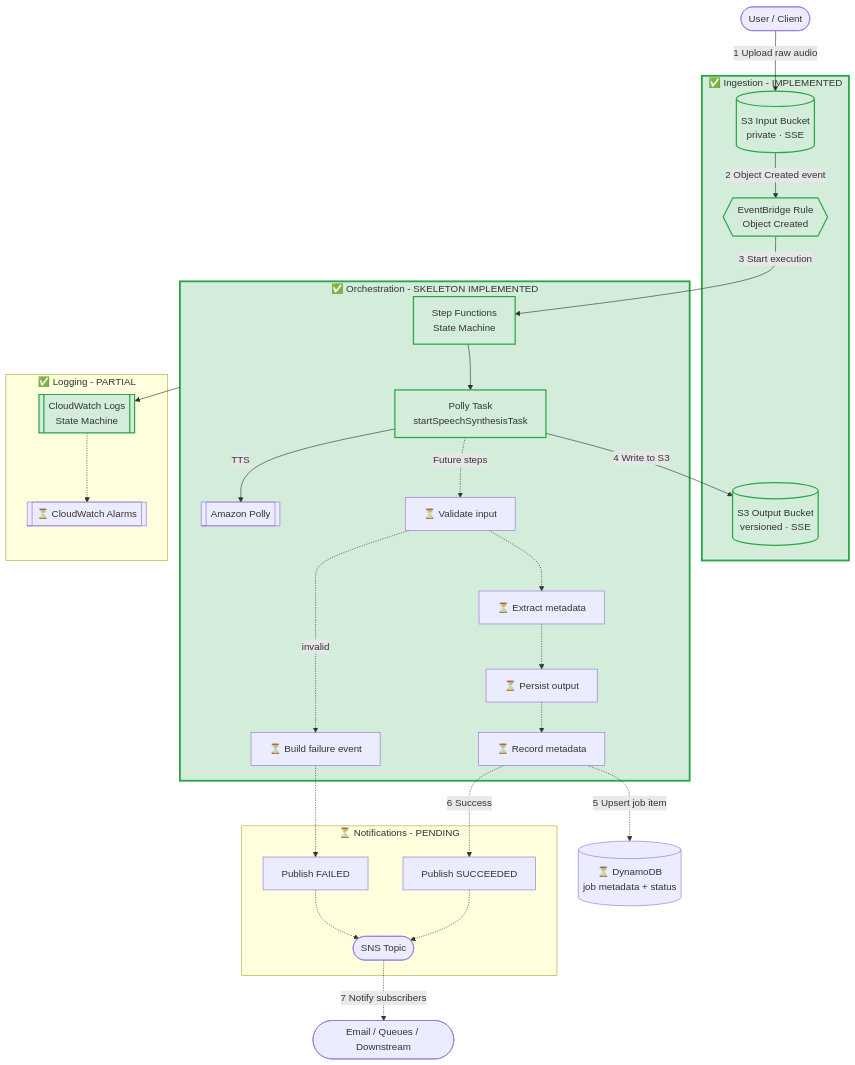
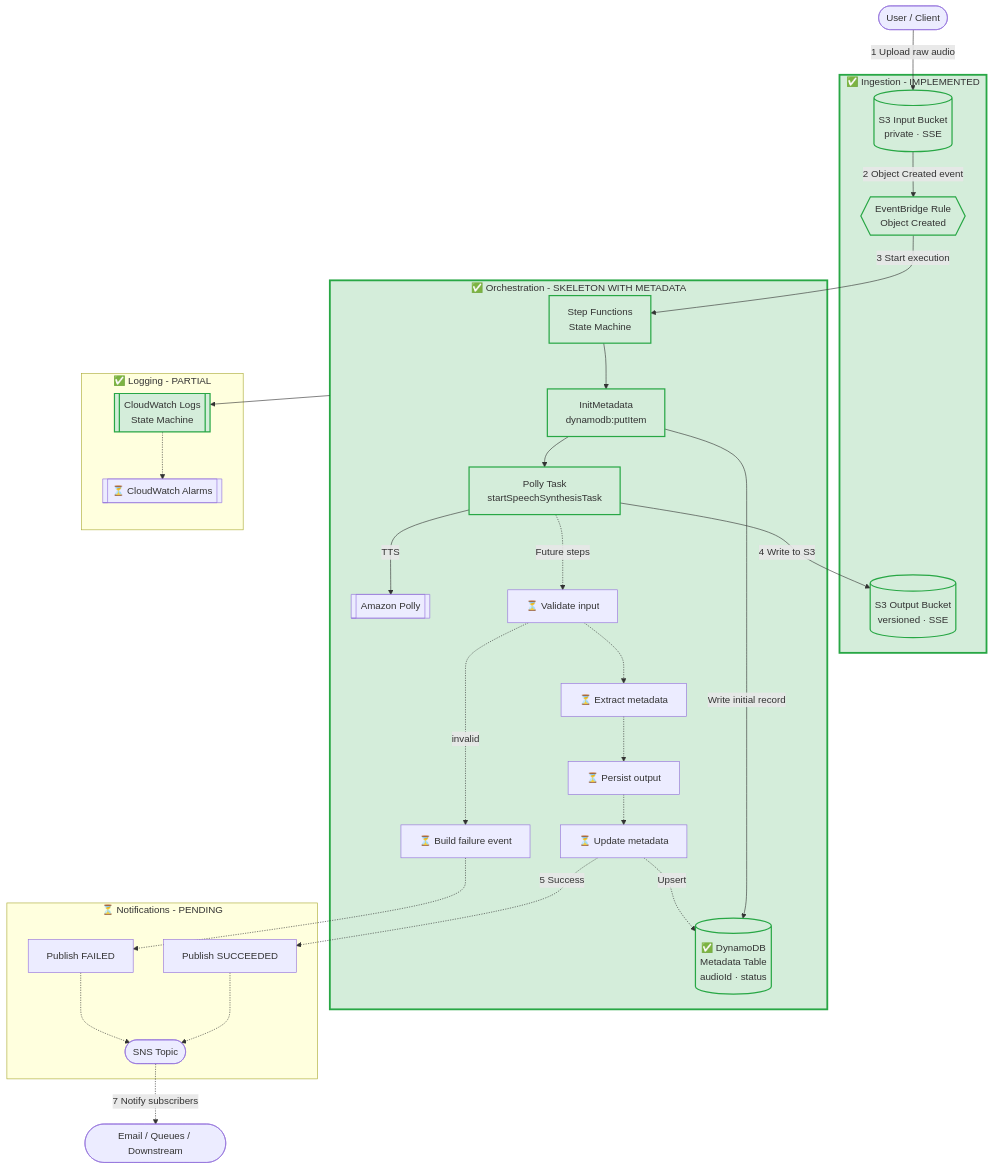
Before and after one commit to obstreperous-ai/cdk-sleep-csharp-copilot: the diagram in ARCHITECTURE.md, drawn with Mermaid. The commit also changed other lines of this file, not shown here.

Commit message:
docs: Update ARCHITECTURE.md for Issue #5 - DynamoDB table and state machine I/O

````diff
--- a/ARCHITECTURE.md
+++ b/ARCHITECTURE.md
@@ -170,64 +201,70 @@
 ```mermaid
 flowchart TD
     user([User / Client]) -->|1 Upload raw audio| inputBucket
 
     subgraph ingestion[✅ Ingestion - IMPLEMENTED]
         inputBucket[(S3 Input Bucket<br/>private · SSE)]
         eventBridge{{EventBridge Rule<br/>Object Created}}
         inputBucket -->|2 Object Created event| eventBridge
         outputBucket[(S3 Output Bucket<br/>versioned · SSE)]
     end
 
     eventBridge -->|3 Start execution| sfn
 
-    subgraph processing[✅ Orchestration - SKELETON IMPLEMENTED]
+    subgraph processing[✅ Orchestration - SKELETON WITH METADATA]
         sfn[Step Functions<br/>State Machine]
+        initMetadata[InitMetadata<br/>dynamodb:putItem]
         pollyTask[Polly Task<br/>startSpeechSynthesisTask]
         
-        sfn --> pollyTask
+        sfn --> initMetadata
+        initMetadata -->|Write initial record| dynamo
+        initMetadata --> pollyTask
         pollyTask -->|TTS| polly[[Amazon Polly]]
         
         validate[⏳ Validate input]
         metadata[⏳ Extract metadata]
         persist[⏳ Persist output]
-        record[⏳ Record metadata]
+        updateMetadata[⏳ Update metadata]
         
         pollyTask -.->|Future steps| validate
         validate -.-> metadata
         metadata -.-> persist
-        persist -.-> record
+        persist -.-> updateMetadata
+        updateMetadata -.->|Upsert| dynamo
         validate -.->|invalid| failNotify
     end
+    
+    dynamo[(✅ DynamoDB<br/>Metadata Table<br/>audioId · status)]
 
     pollyTask -->|4 Write to S3| outputBucket
-    record -.->|5 Upsert job item| dynamo[(⏳ DynamoDB<br/>job metadata + status)]
-
-    record -.->|6 Success| successNotify
+    updateMetadata -.->|5 Success| successNotify
     failNotify[⏳ Build failure event]
 
     subgraph notifications[⏳ Notifications - PENDING]
         successNotify[Publish SUCCEEDED]
         failNotify -.-> snsFail[Publish FAILED]
         successNotify -.-> sns([SNS Topic])
         snsFail -.-> sns
     end
 
     sns -.->|7 Notify subscribers| subscribers([Email / Queues / Downstream])
 
     subgraph observability[✅ Logging - PARTIAL]
         logs[[CloudWatch Logs<br/>State Machine]]
         alarms[[⏳ CloudWatch Alarms]]
     end
 
     processing --> logs
     logs -.-> alarms
 
     style ingestion fill:#d4edda,stroke:#28a745,stroke-width:3px
     style inputBucket fill:#d4edda,stroke:#28a745,stroke-width:2px
     style eventBridge fill:#d4edda,stroke:#28a745,stroke-width:2px
     style outputBucket fill:#d4edda,stroke:#28a745,stroke-width:2px
     style processing fill:#d4edda,stroke:#28a745,stroke-width:3px
     style sfn fill:#d4edda,stroke:#28a745,stroke-width:2px
+    style initMetadata fill:#d4edda,stroke:#28a745,stroke-width:2px
     style pollyTask fill:#d4edda,stroke:#28a745,stroke-width:2px
+    style dynamo fill:#d4edda,stroke:#28a745,stroke-width:2px
     style logs fill:#d4edda,stroke:#28a745,stroke-width:2px
 ```
````
